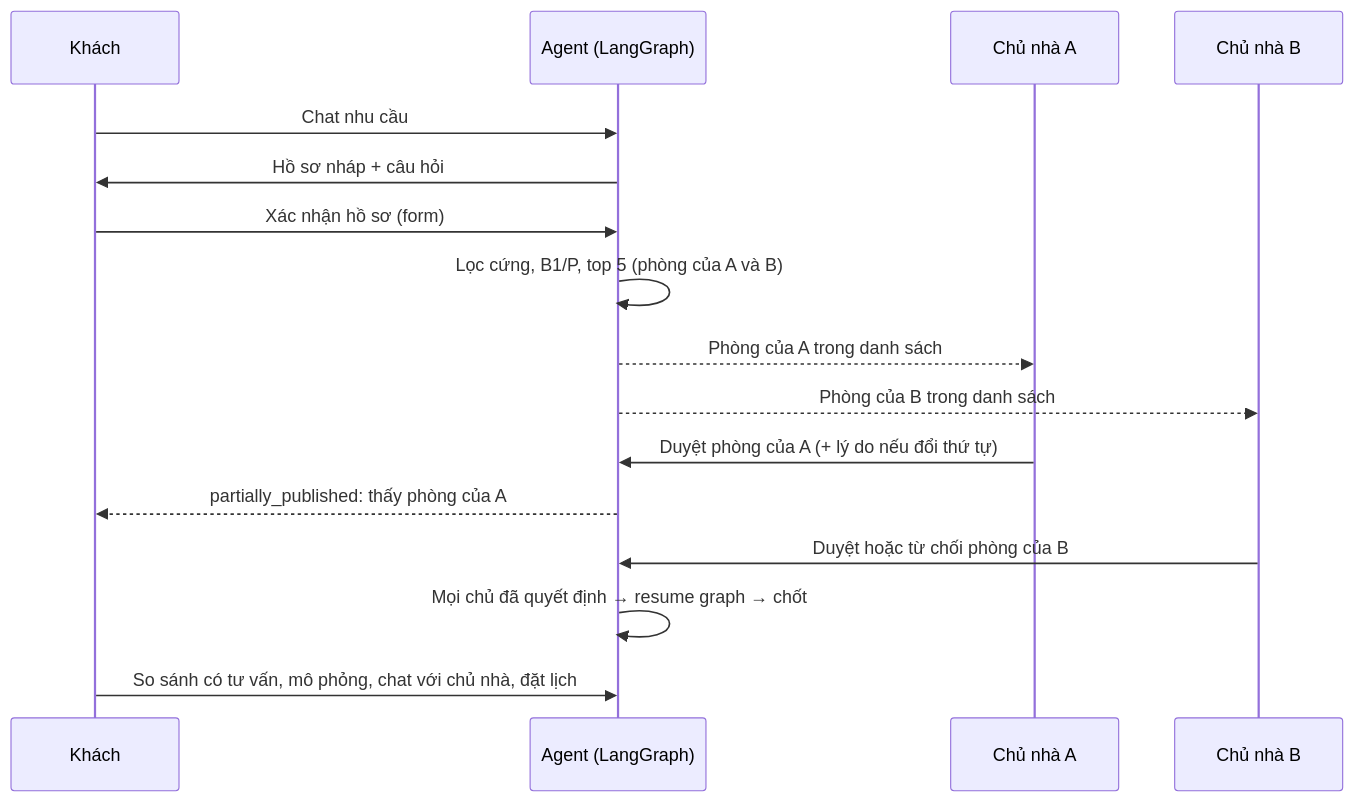
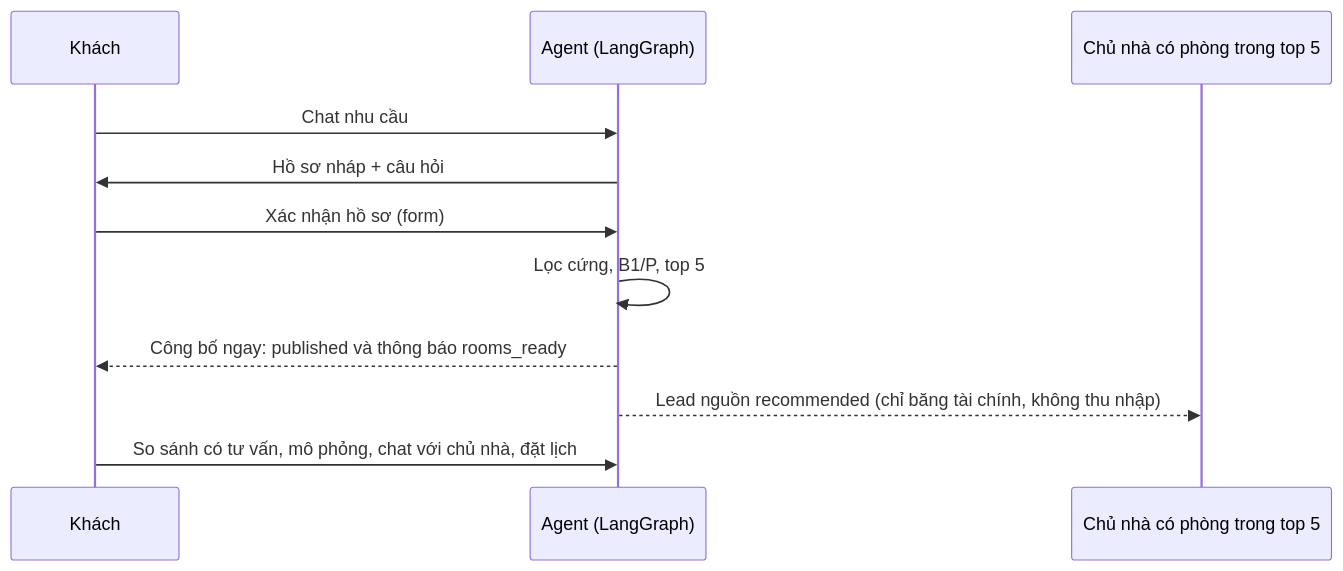
Before and after one commit to RealQuangSon/KLTN_NguyenQuangSon: the first of 2 diagrams in docs/quy-trinh-nghiep-vu.md, drawn with Mermaid. The commit also changed other lines of this file and 278 other files, not shown here.

First line of the commit message:
chore: đồng bộ thay đổi hiện tại và dọn tài liệu khảo sát cũ

````diff
--- a/docs/quy-trinh-nghiep-vu.md
+++ b/docs/quy-trinh-nghiep-vu.md
@@ -20,18 +20,13 @@
 ```mermaid
 sequenceDiagram
   participant K as Khách
   participant A as Agent (LangGraph)
-  participant C1 as Chủ nhà A
-  participant C2 as Chủ nhà B
+  participant C as Chủ nhà có phòng trong top 5
   K->>A: Chat nhu cầu
   A->>K: Hồ sơ nháp + câu hỏi
   K->>A: Xác nhận hồ sơ (form)
-  A->>A: Lọc cứng, B1/P, top 5 (phòng của A và B)
-  A-->>C1: Phòng của A trong danh sách
-  A-->>C2: Phòng của B trong danh sách
-  C1->>A: Duyệt phòng của A (+ lý do nếu đổi thứ tự)
-  A-->>K: partially_published: thấy phòng của A
-  C2->>A: Duyệt hoặc từ chối phòng của B
-  A->>A: Mọi chủ đã quyết định → resume graph → chốt
+  A->>A: Lọc cứng, B1/P, top 5
+  A-->>K: Công bố ngay: published và thông báo rooms_ready
+  A-->>C: Lead nguồn recommended (chỉ băng tài chính, không thu nhập)
   K->>A: So sánh có tư vấn, mô phỏng, chat với chủ nhà, đặt lịch
 ```
````
